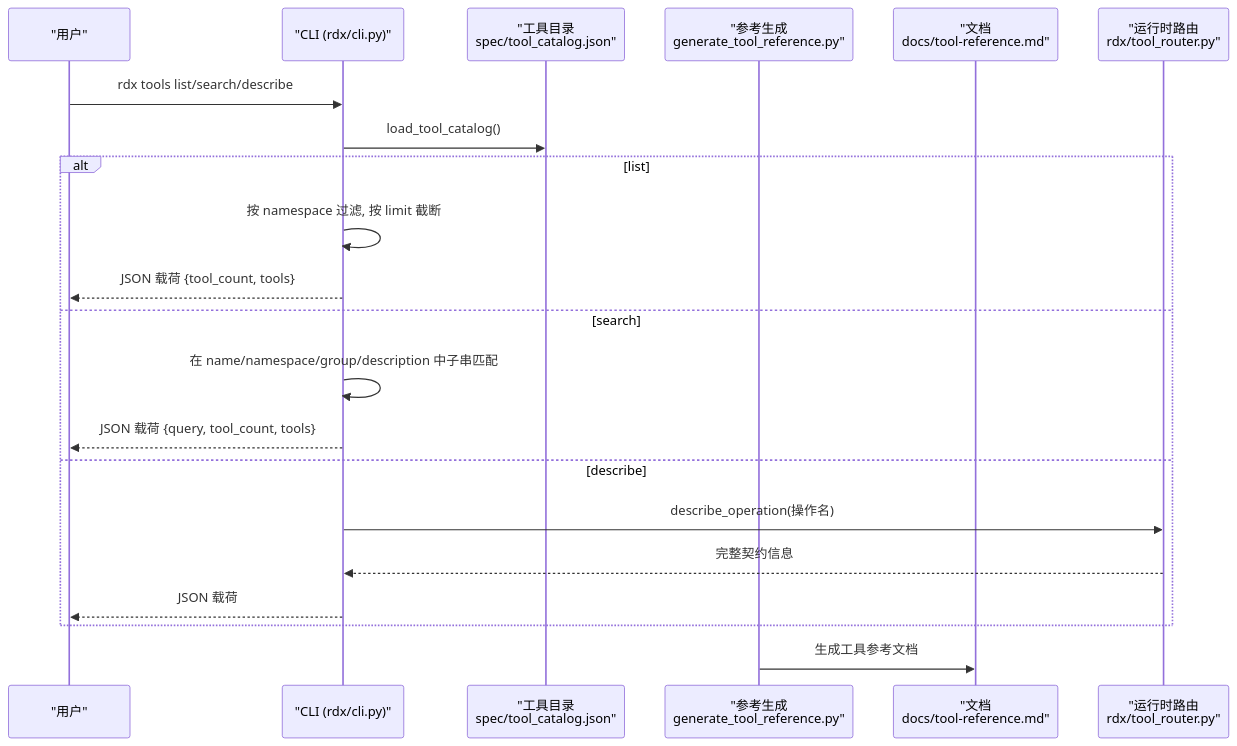
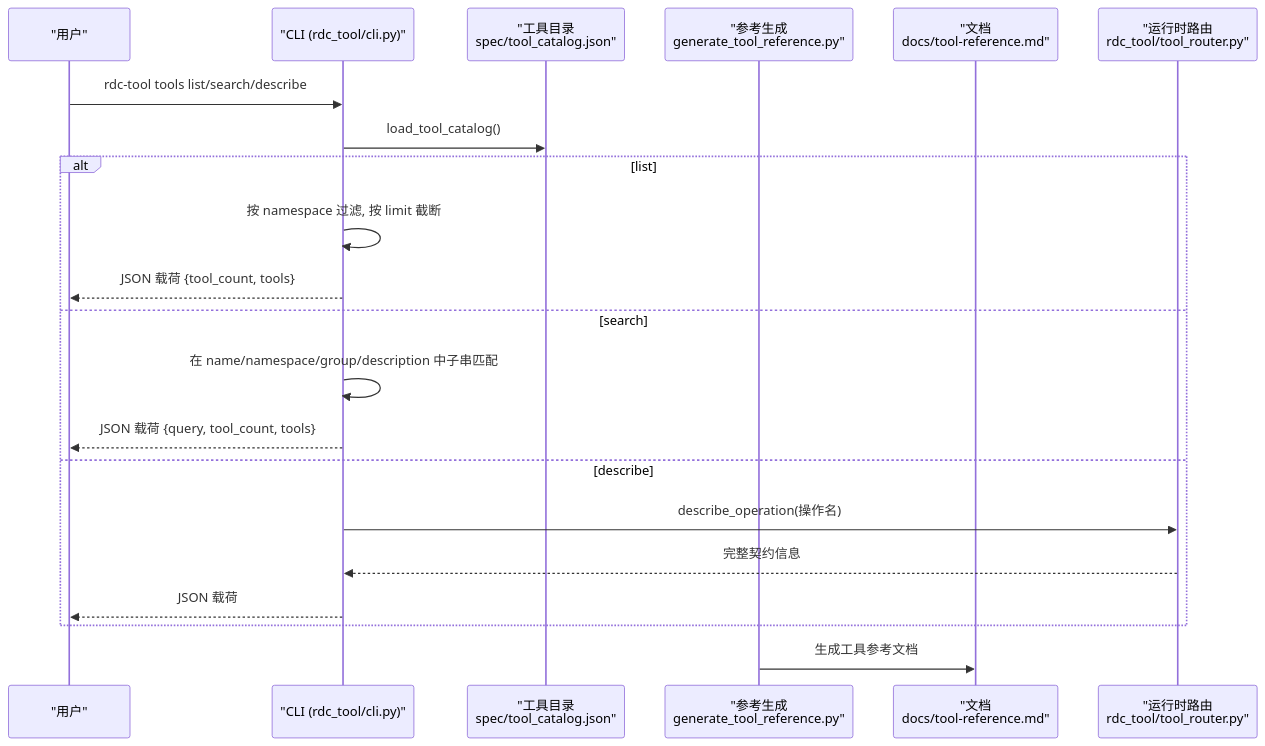
Before and after one commit to haolange/RDC-Tool: the second of 5 diagrams in .qoder/repowiki/zh/content/CLI参考手册/工具管理命令.md, drawn with Mermaid. The commit also changed other lines of this file and 388 other files, not shown here.

First line of the commit message:
Release RDC-Tool identity and public maintenance surface

````diff
--- a/.qoder/repowiki/zh/content/CLI参考手册/工具管理命令.md
+++ b/.qoder/repowiki/zh/content/CLI参考手册/工具管理命令.md
@@ -85,23 +85,23 @@
 ```mermaid
 sequenceDiagram
 participant U as "用户"
-participant CLI as "CLI (rdx/cli.py)"
+participant CLI as "CLI (rdc_tool/cli.py)"
 participant CAT as "工具目录<br/>spec/tool_catalog.json"
 participant REF as "参考生成<br/>generate_tool_reference.py"
 participant DOC as "文档<br/>docs/tool-reference.md"
-participant RT as "运行时路由<br/>rdx/tool_router.py"
-U->>CLI : rdx tools list/search/describe
+participant RT as "运行时路由<br/>rdc_tool/tool_router.py"
+U->>CLI : rdc-tool tools list/search/describe
 CLI->>CAT : load_tool_catalog()
 alt list
 CLI->>CLI : 按 namespace 过滤, 按 limit 截断
 CLI-->>U : JSON 载荷 {tool_count, tools}
 else search
 CLI->>CLI : 在 name/namespace/group/description 中子串匹配
 CLI-->>U : JSON 载荷 {query, tool_count, tools}
 else describe
 CLI->>RT : describe_operation(操作名)
 RT-->>CLI : 完整契约信息
 CLI-->>U : JSON 载荷
 end
 REF->>DOC : 生成工具参考文档
 ```
````
